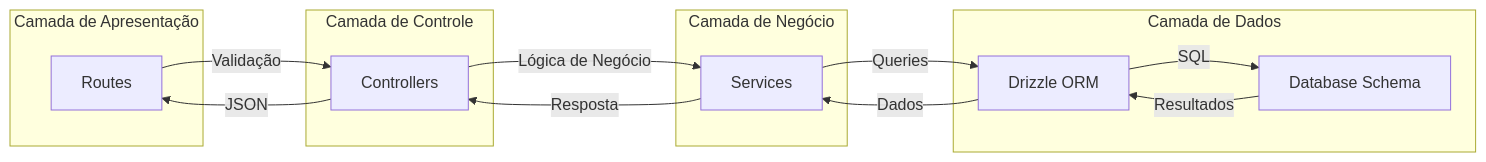
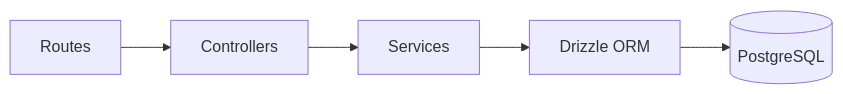
Before and after one commit to phsrod/Trabalho-PWEB-II: the third of 5 diagrams in README.md, drawn with Mermaid. The commit also changed other lines of this file and 3 other files, not shown here.

````diff
--- a/README.md
+++ b/README.md
@@ -81,28 +152,7 @@
 ```mermaid
 graph LR
-    subgraph "Camada de Apresentação"
-        A[Routes]
-    end
-    
-    subgraph "Camada de Controle"
-        B[Controllers]
-    end
-    
-    subgraph "Camada de Negócio"
-        C[Services]
-    end
-    
-    subgraph "Camada de Dados"
-        D[Database Schema]
-        E[Drizzle ORM]
-    end
-    
-    A -->|Validação| B
-    B -->|Lógica de Negócio| C
-    C -->|Queries| E
-    E -->|SQL| D
-    D -->|Resultados| E
-    E -->|Dados| C
-    C -->|Resposta| B
-    B -->|JSON| A
+    A[Routes] --> B[Controllers]
+    B --> C[Services]
+    C --> D[Drizzle ORM]
+    D --> E[(PostgreSQL)]
 ```
````
